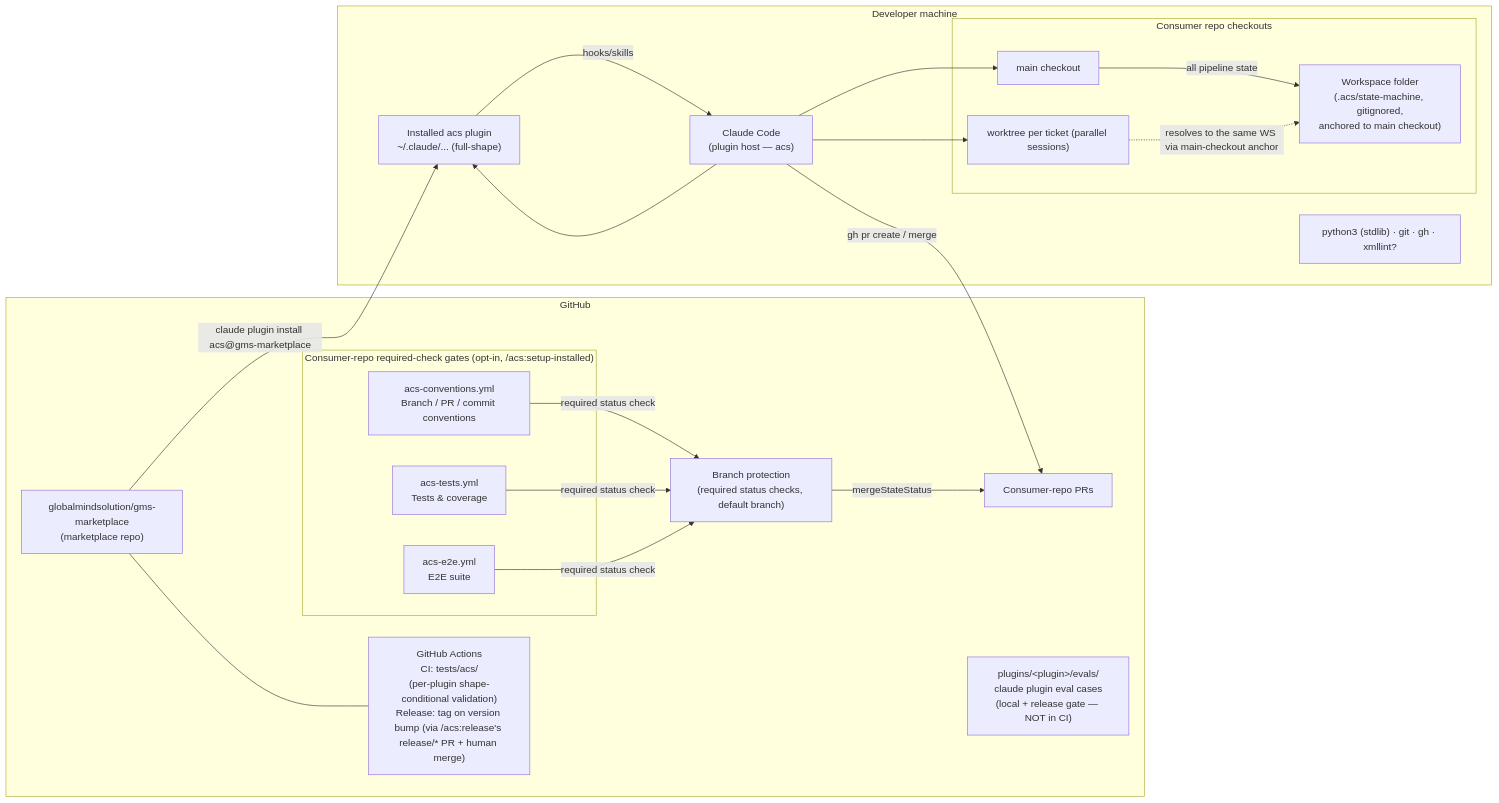
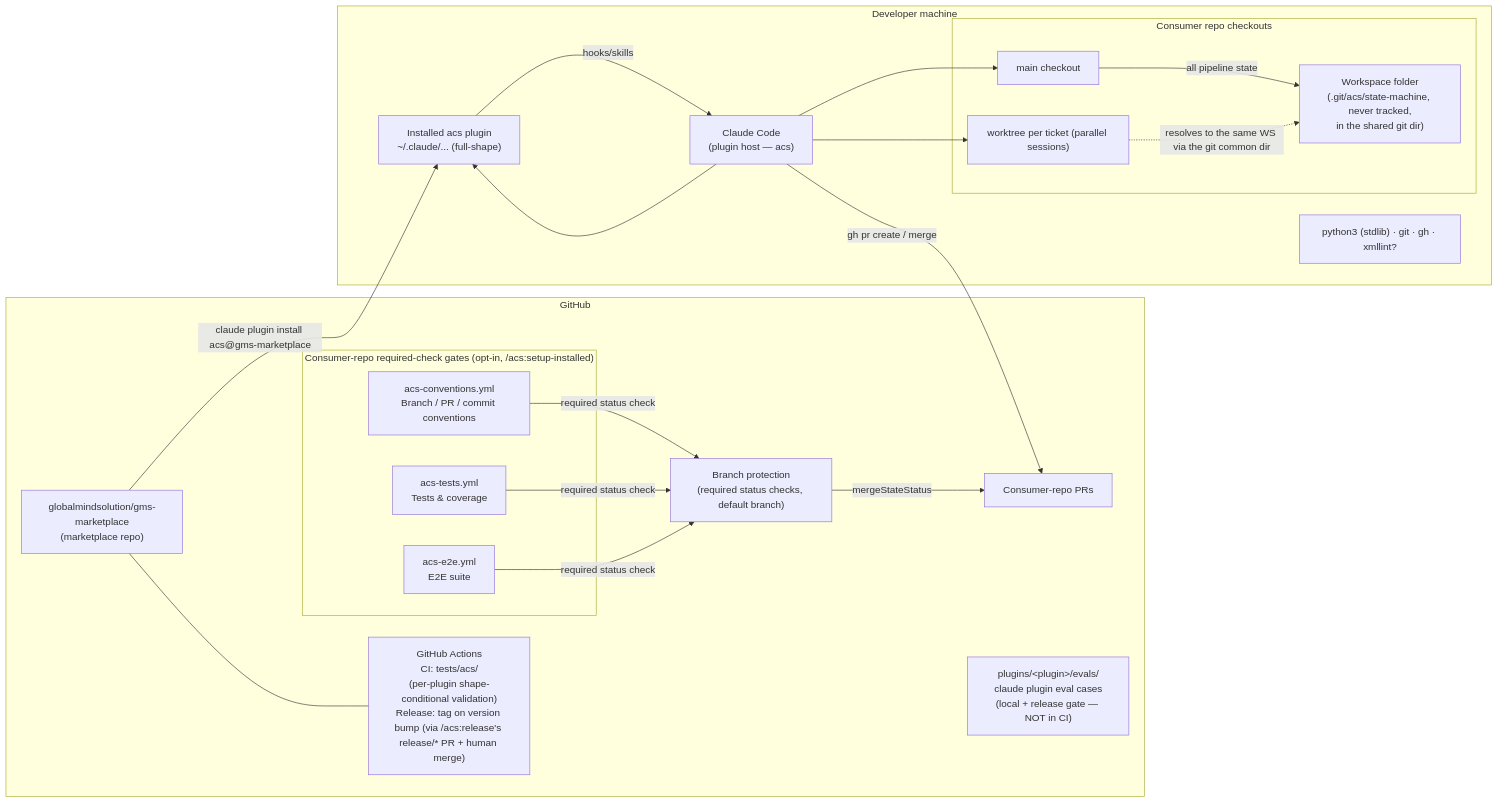
One commit to globalmindsolution/gms-marketplace changed the diagram in docs/architecture/hld/deployment.md. Above: the diagram before and after it, drawn with Mermaid. The commit also changed other lines of this file and 417 other files, not shown here.

First line of the commit message:
WIP: acs state in the git common dir; state writes through acs.py (in progress)

````diff
--- a/docs/architecture/hld/deployment.md
+++ b/docs/architecture/hld/deployment.md
@@ -3,37 +3,37 @@
 ```mermaid
 flowchart LR
     subgraph github["GitHub"]
         MR["globalmindsolution/gms-marketplace<br/>(marketplace repo)"]
         ACT["GitHub Actions<br/>CI: tests/acs/<br/>(per-plugin shape-conditional validation)<br/>Release: tag on version bump (via /acs:release's release/* PR + human merge)"]
         PRS["Consumer-repo PRs"]
         EVALS["plugins/&lt;plugin&gt;/evals/<br/>claude plugin eval cases<br/>(local + release gate — NOT in CI)"]
         subgraph gates["Consumer-repo required-check gates (opt-in, /acs:setup-installed)"]
             G_CONV["acs-conventions.yml<br/>Branch / PR / commit conventions"]
             G_TEST["acs-tests.yml<br/>Tests & coverage"]
             G_E2E["acs-e2e.yml<br/>E2E suite"]
         end
         BP["Branch protection<br/>(required status checks, default branch)"]
     end
 
     subgraph machine["Developer machine"]
         CC["Claude Code<br/>(plugin host — acs)"]
         PI_ACS["Installed acs plugin<br/>~/.claude/... (full-shape)"]
         subgraph checkouts["Consumer repo checkouts"]
             CO1["main checkout"]
             CO2["worktree per ticket (parallel sessions)"]
-            WS["Workspace folder<br/>(.acs/state-machine, gitignored,<br/>anchored to main checkout)"]
+            WS["Workspace folder<br/>(.git/acs/state-machine, never tracked,<br/>in the shared git dir)"]
         end
         PY["python3 (stdlib) · git · gh · xmllint?"]
     end
 
     MR -- "claude plugin install acs@gms-marketplace" --> PI_ACS
     MR --- ACT
     CC --> PI_ACS
     PI_ACS -- hooks/skills --> CC
     CC --> CO1 & CO2
     CO1 -- "all pipeline state" --> WS
-    CO2 -. "resolves to the same WS via main-checkout anchor" .-> WS
+    CO2 -. "resolves to the same WS via the git common dir" .-> WS
     CC -- "gh pr create / merge" --> PRS
     G_CONV & G_TEST & G_E2E -- "required status check" --> BP
     BP -- "mergeStateStatus" --> PRS
 ```
````
